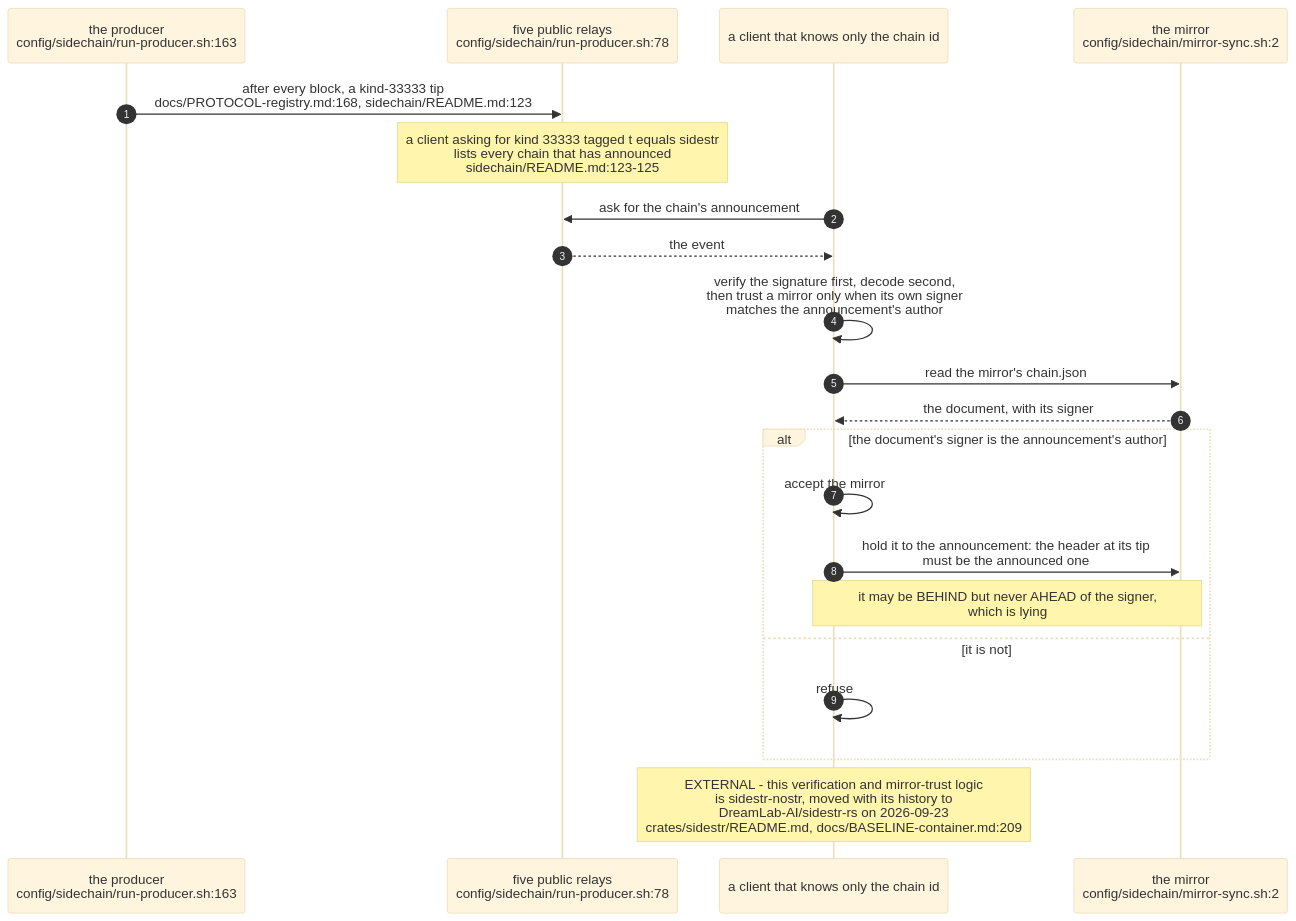
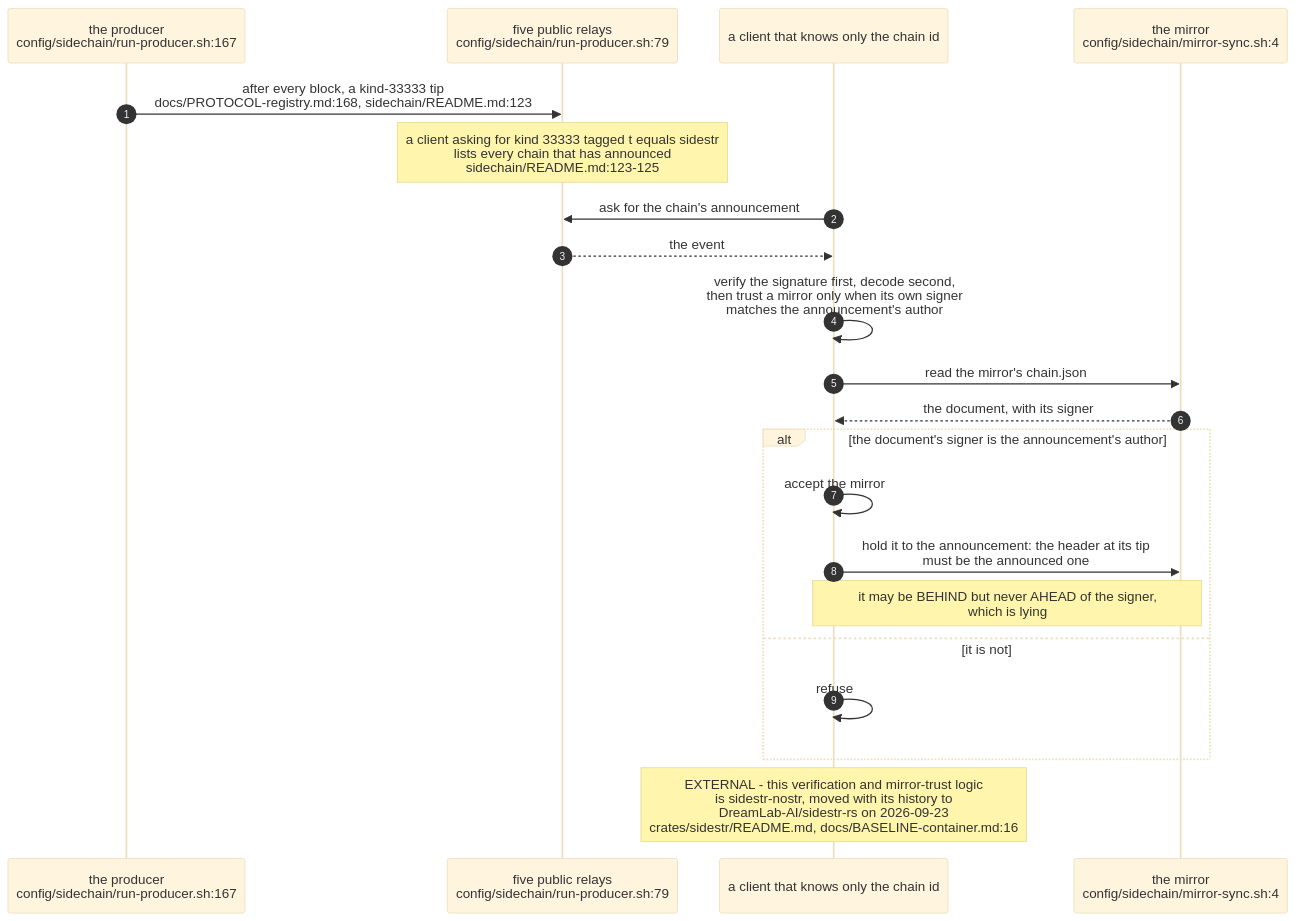
The second of 6 diagrams in docs/diagrams/agentbox/34-sidestr-interim-producer-and-mirror.md (DreamLab-AI/VisionFlow), drawn with Mermaid (base theme) before and after one commit. The commit also changed other lines of this file and 111 other files, not shown here.

Commit message:
docs(diagrams): align estate maps with current source

````diff
--- a/docs/diagrams/agentbox/34-sidestr-interim-producer-and-mirror.md
+++ b/docs/diagrams/agentbox/34-sidestr-interim-producer-and-mirror.md
@@ -111,24 +111,24 @@
 ```mermaid
 sequenceDiagram
     autonumber
-    participant PR as the producer<br/>config/sidechain/run-producer.sh:163
-    participant RL as five public relays<br/>config/sidechain/run-producer.sh:78
+    participant PR as the producer<br/>config/sidechain/run-producer.sh:167
+    participant RL as five public relays<br/>config/sidechain/run-producer.sh:79
     participant CL as a client that knows only the chain id
-    participant MI as the mirror<br/>config/sidechain/mirror-sync.sh:2
+    participant MI as the mirror<br/>config/sidechain/mirror-sync.sh:4
 
     PR->>RL: after every block, a kind-33333 tip<br/>docs/PROTOCOL-registry.md:168, sidechain/README.md:123
     Note over RL: a client asking for kind 33333 tagged t equals sidestr<br/>lists every chain that has announced<br/>sidechain/README.md:123-125
     CL->>RL: ask for the chain's announcement
     RL-->>CL: the event
     CL->>CL: verify the signature first, decode second,<br/>then trust a mirror only when its own signer<br/>matches the announcement's author
     CL->>MI: read the mirror's chain.json
     MI-->>CL: the document, with its signer
     alt the document's signer is the announcement's author
         CL->>CL: accept the mirror
         CL->>MI: hold it to the announcement: the header at its tip<br/>must be the announced one
         Note over CL,MI: it may be BEHIND but never AHEAD of the signer,<br/>which is lying
     else it is not
         CL->>CL: refuse
     end
-    Note over CL: EXTERNAL - this verification and mirror-trust logic<br/>is sidestr-nostr, moved with its history to<br/>DreamLab-AI/sidestr-rs on 2026-09-23<br/>crates/sidestr/README.md, docs/BASELINE-container.md:209
+    Note over CL: EXTERNAL - this verification and mirror-trust logic<br/>is sidestr-nostr, moved with its history to<br/>DreamLab-AI/sidestr-rs on 2026-09-23<br/>crates/sidestr/README.md, docs/BASELINE-container.md:16
 ```
````
